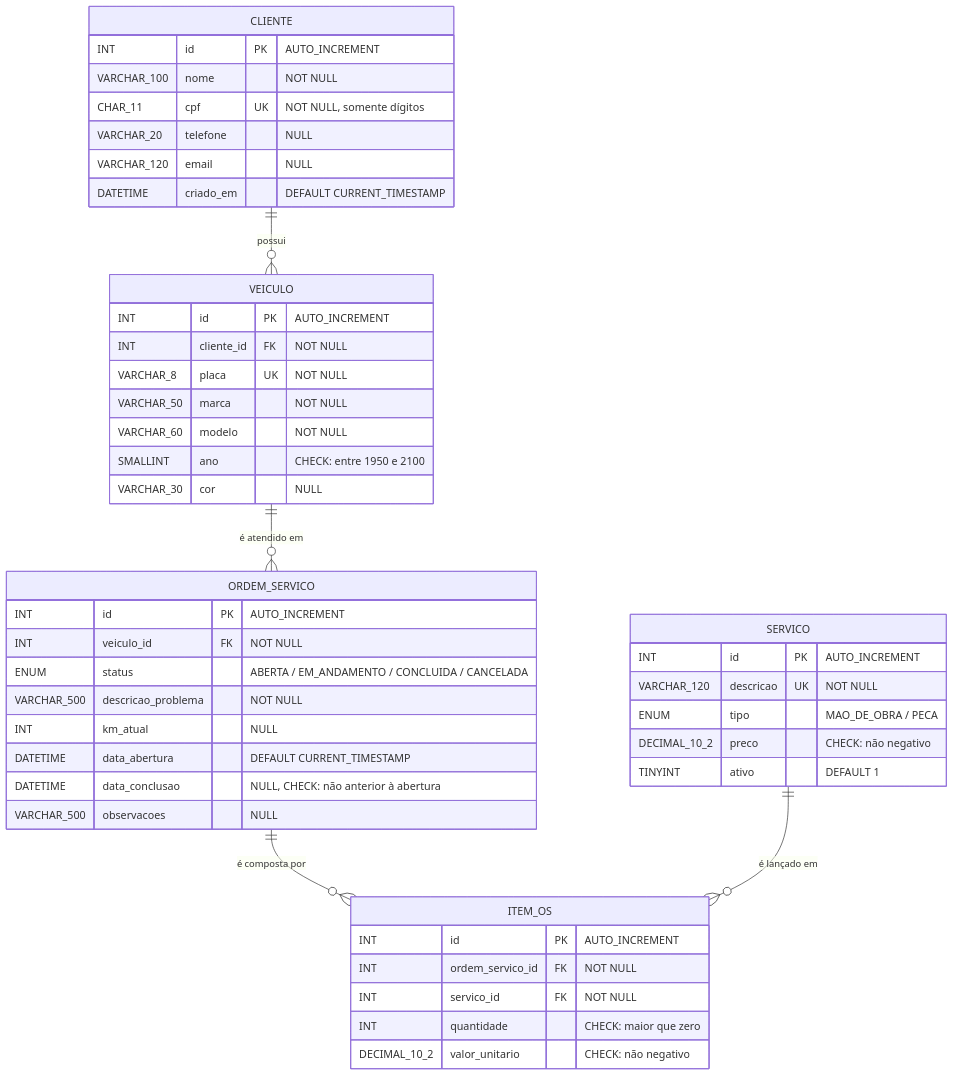
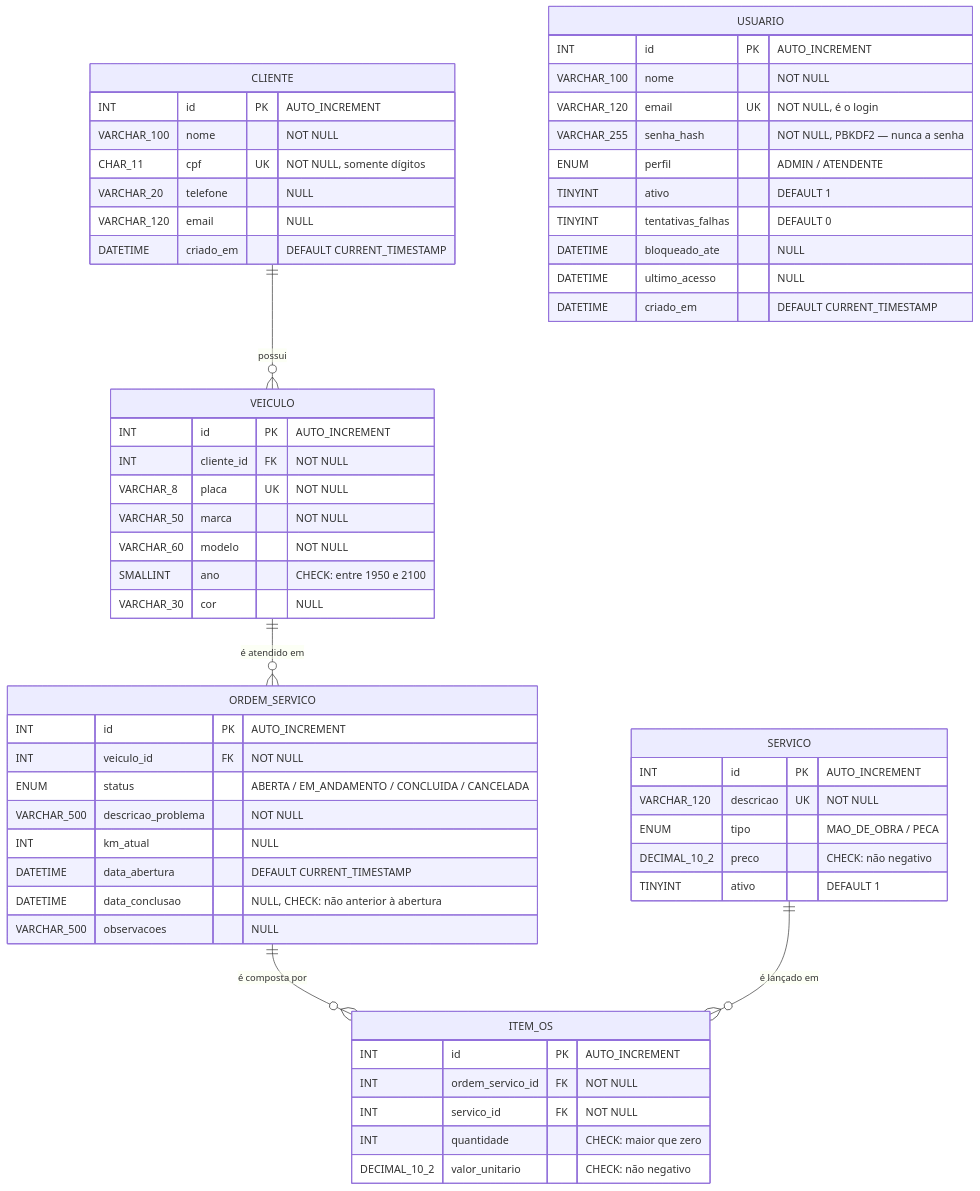
One commit to Lindolfoo/OficinaMecanica changed the diagram in docs/DER.md. Above: the diagram before and after it, drawn with Mermaid. The commit also changed other lines of this file and 3 other files, not shown here.

````diff
--- a/docs/DER.md
+++ b/docs/DER.md
@@ -10,53 +10,66 @@
 ```mermaid
 erDiagram
     CLIENTE ||--o{ VEICULO : "possui"
     VEICULO ||--o{ ORDEM_SERVICO : "é atendido em"
     ORDEM_SERVICO ||--o{ ITEM_OS : "é composta por"
     SERVICO ||--o{ ITEM_OS : "é lançado em"
 
     CLIENTE {
         INT id PK "AUTO_INCREMENT"
         VARCHAR_100 nome "NOT NULL"
         CHAR_11 cpf UK "NOT NULL, somente dígitos"
         VARCHAR_20 telefone "NULL"
         VARCHAR_120 email "NULL"
         DATETIME criado_em "DEFAULT CURRENT_TIMESTAMP"
     }
 
     VEICULO {
         INT id PK "AUTO_INCREMENT"
         INT cliente_id FK "NOT NULL"
         VARCHAR_8 placa UK "NOT NULL"
         VARCHAR_50 marca "NOT NULL"
         VARCHAR_60 modelo "NOT NULL"
         SMALLINT ano "CHECK: entre 1950 e 2100"
         VARCHAR_30 cor "NULL"
     }
 
     SERVICO {
         INT id PK "AUTO_INCREMENT"
         VARCHAR_120 descricao UK "NOT NULL"
         ENUM tipo "MAO_DE_OBRA / PECA"
         DECIMAL_10_2 preco "CHECK: não negativo"
         TINYINT ativo "DEFAULT 1"
     }
 
     ORDEM_SERVICO {
         INT id PK "AUTO_INCREMENT"
         INT veiculo_id FK "NOT NULL"
         ENUM status "ABERTA / EM_ANDAMENTO / CONCLUIDA / CANCELADA"
         VARCHAR_500 descricao_problema "NOT NULL"
         INT km_atual "NULL"
         DATETIME data_abertura "DEFAULT CURRENT_TIMESTAMP"
         DATETIME data_conclusao "NULL, CHECK: não anterior à abertura"
         VARCHAR_500 observacoes "NULL"
     }
 
     ITEM_OS {
         INT id PK "AUTO_INCREMENT"
         INT ordem_servico_id FK "NOT NULL"
         INT servico_id FK "NOT NULL"
         INT quantidade "CHECK: maior que zero"
         DECIMAL_10_2 valor_unitario "CHECK: não negativo"
     }
+
+    USUARIO {
+        INT id PK "AUTO_INCREMENT"
+        VARCHAR_100 nome "NOT NULL"
+        VARCHAR_120 email UK "NOT NULL, é o login"
+        VARCHAR_255 senha_hash "NOT NULL, PBKDF2 — nunca a senha"
+        ENUM perfil "ADMIN / ATENDENTE"
+        TINYINT ativo "DEFAULT 1"
+        TINYINT tentativas_falhas "DEFAULT 0"
+        DATETIME bloqueado_ate "NULL"
+        DATETIME ultimo_acesso "NULL"
+        DATETIME criado_em "DEFAULT CURRENT_TIMESTAMP"
+    }
 ```
````
